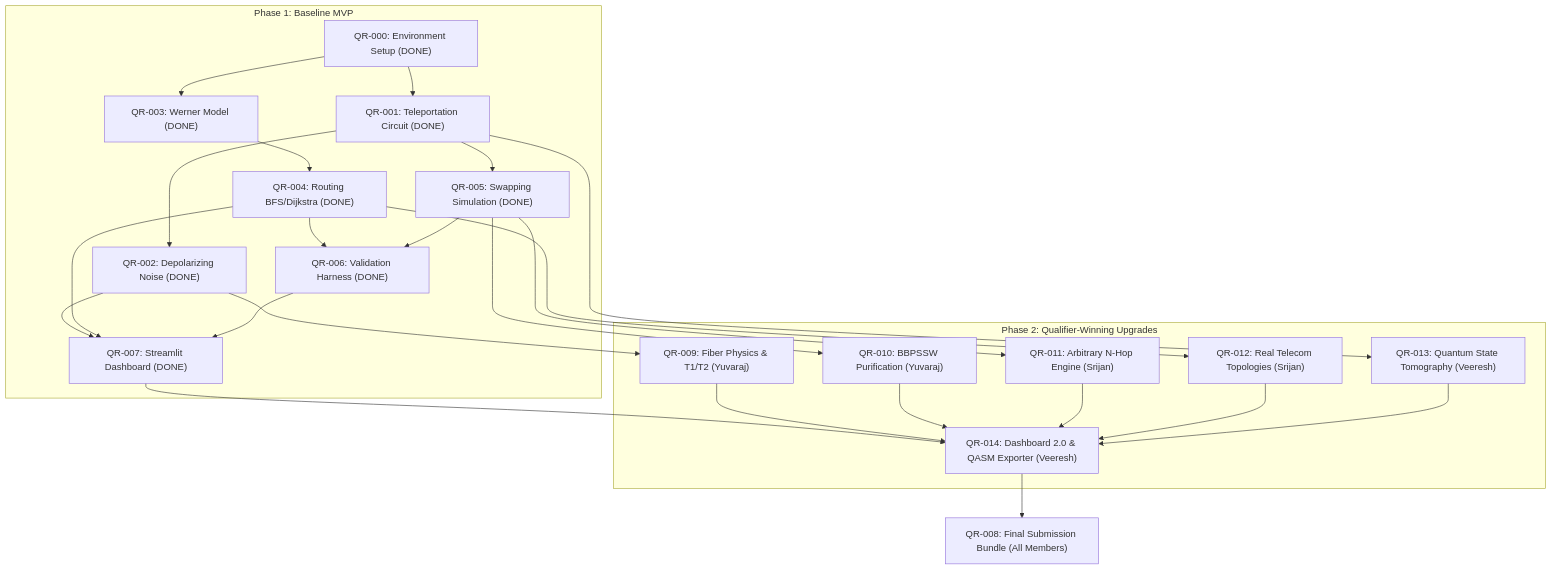
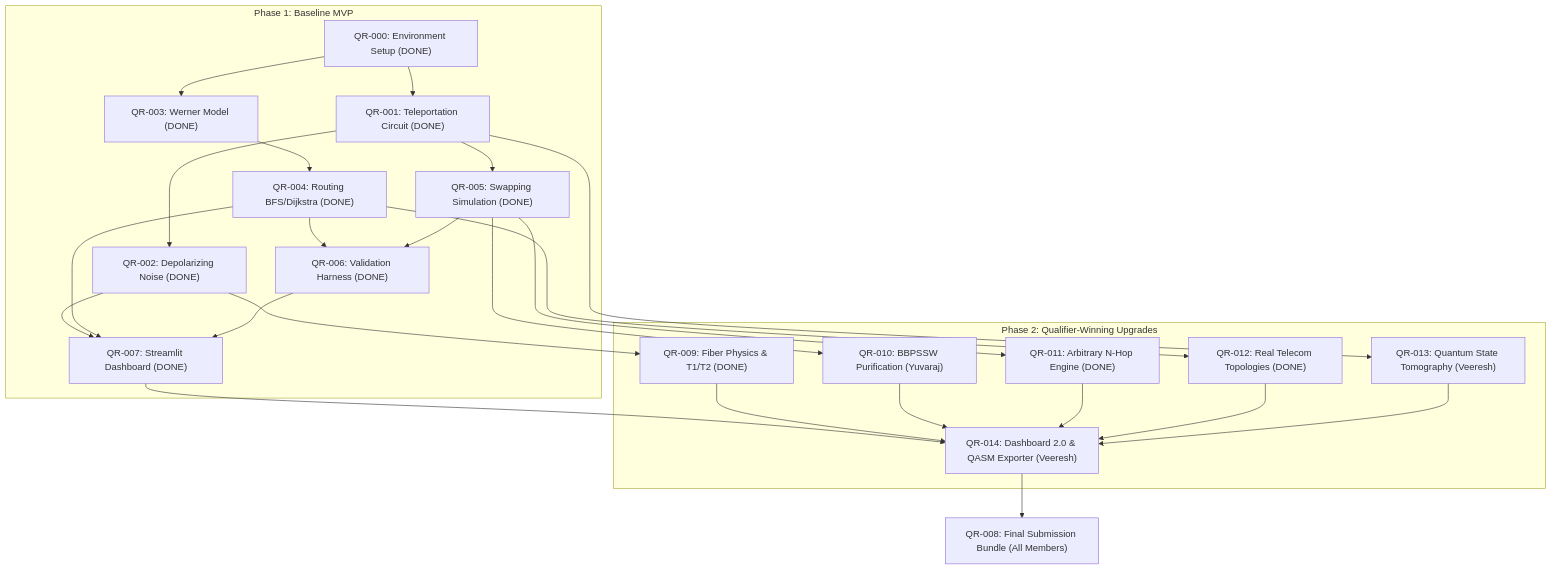
Before and after one commit to SrijanRastogi/QuantumRoute: the diagram in TEAM_WORK_SPLIT.md, drawn with Mermaid. The commit also changed other lines of this file and 22 other files, not shown here.

````diff
--- a/TEAM_WORK_SPLIT.md
+++ b/TEAM_WORK_SPLIT.md
@@ -90,31 +95,31 @@
 ```mermaid
 flowchart TD
     subgraph Phase 1: Baseline MVP
         QR000["QR-000: Environment Setup (DONE)"] --> QR001["QR-001: Teleportation Circuit (DONE)"]
         QR000 --> QR003["QR-003: Werner Model (DONE)"]
         QR001 --> QR002["QR-002: Depolarizing Noise (DONE)"]
         QR003 --> QR004["QR-004: Routing BFS/Dijkstra (DONE)"]
         QR001 --> QR005["QR-005: Swapping Simulation (DONE)"]
         QR004 --> QR006["QR-006: Validation Harness (DONE)"]
         QR005 --> QR006
         QR002 --> QR007["QR-007: Streamlit Dashboard (DONE)"]
         QR004 --> QR007
         QR006 --> QR007
     end
 
     subgraph Phase 2: Qualifier-Winning Upgrades
-        QR002 --> QR009["QR-009: Fiber Physics & T1/T2 (Yuvaraj)"]
+        QR002 --> QR009["QR-009: Fiber Physics & T1/T2 (DONE)"]
         QR005 --> QR010["QR-010: BBPSSW Purification (Yuvaraj)"]
-        QR005 --> QR011["QR-011: Arbitrary N-Hop Engine (Srijan)"]
-        QR004 --> QR012["QR-012: Real Telecom Topologies (Srijan)"]
+        QR005 --> QR011["QR-011: Arbitrary N-Hop Engine (DONE)"]
+        QR004 --> QR012["QR-012: Real Telecom Topologies (DONE)"]
         QR001 --> QR013["QR-013: Quantum State Tomography (Veeresh)"]
         QR007 --> QR014["QR-014: Dashboard 2.0 & QASM Exporter (Veeresh)"]
         QR009 --> QR014
         QR010 --> QR014
         QR011 --> QR014
         QR012 --> QR014
         QR013 --> QR014
     end
 
     QR014 --> QR008["QR-008: Final Submission Bundle (All Members)"]
 ```
````
